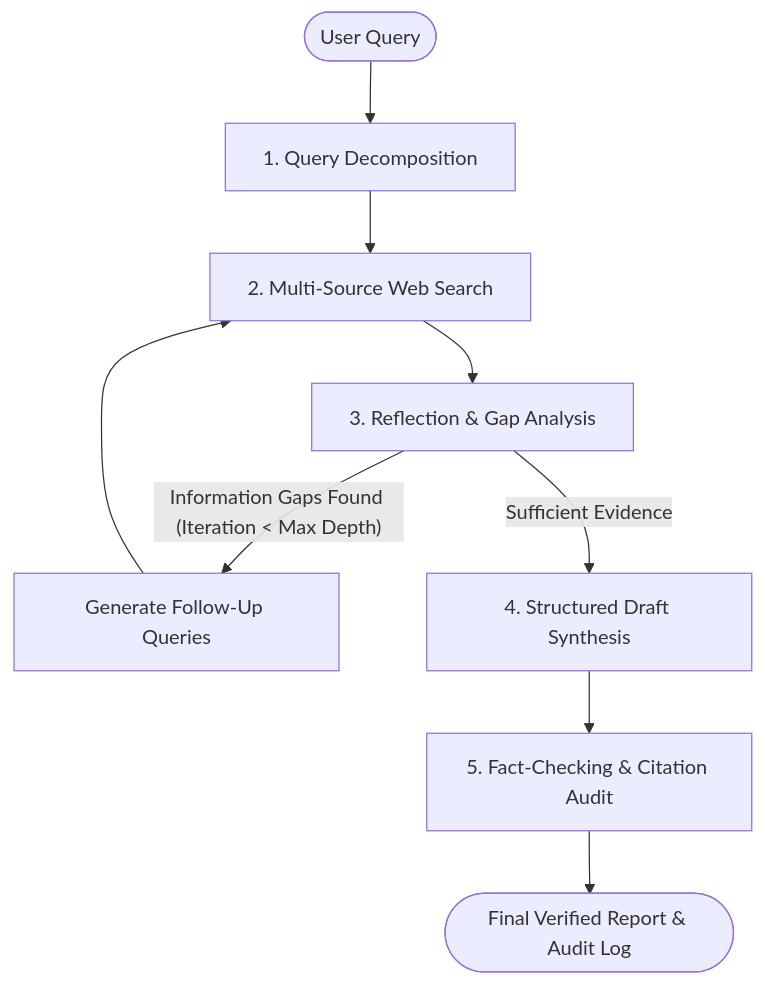
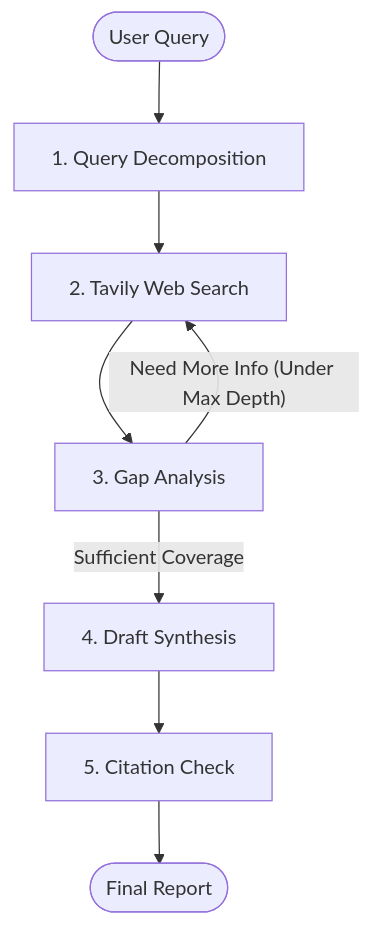
Before and after one commit to vikasjoshi2027/web-research-agent: the diagram in README.md, drawn with Mermaid. The commit also changed other lines of this file and 2 other files, not shown here.

Commit message:
refactor: add live streaming, citation bounds checking, and updated docs

````diff
--- a/README.md
+++ b/README.md
@@ -11,13 +13,12 @@
 ```mermaid
 flowchart TD
     Start([User Query]) --> Decompose[1. Query Decomposition]
-    Decompose --> Search[2. Multi-Source Web Search]
-    Search --> Evaluate[3. Reflection & Gap Analysis]
+    Decompose --> Search[2. Tavily Web Search]
+    Search --> Evaluate[3. Gap Analysis]
     
-    Evaluate -- "Information Gaps Found (Iteration < Max Depth)" --> FollowUp[Generate Follow-Up Queries]
-    FollowUp --> Search
+    Evaluate -- "Need More Info (Under Max Depth)" --> Search
+    Evaluate -- "Sufficient Coverage" --> Synthesize[4. Draft Synthesis]
     
-    Evaluate -- "Sufficient Evidence" --> Synthesize[4. Structured Draft Synthesis]
-    Synthesize --> Verify[5. Fact-Checking & Citation Audit]
-    Verify --> End([Final Verified Report & Audit Log])
+    Synthesize --> Verify[5. Citation Check]
+    Verify --> End([Final Report])
 ```
````
